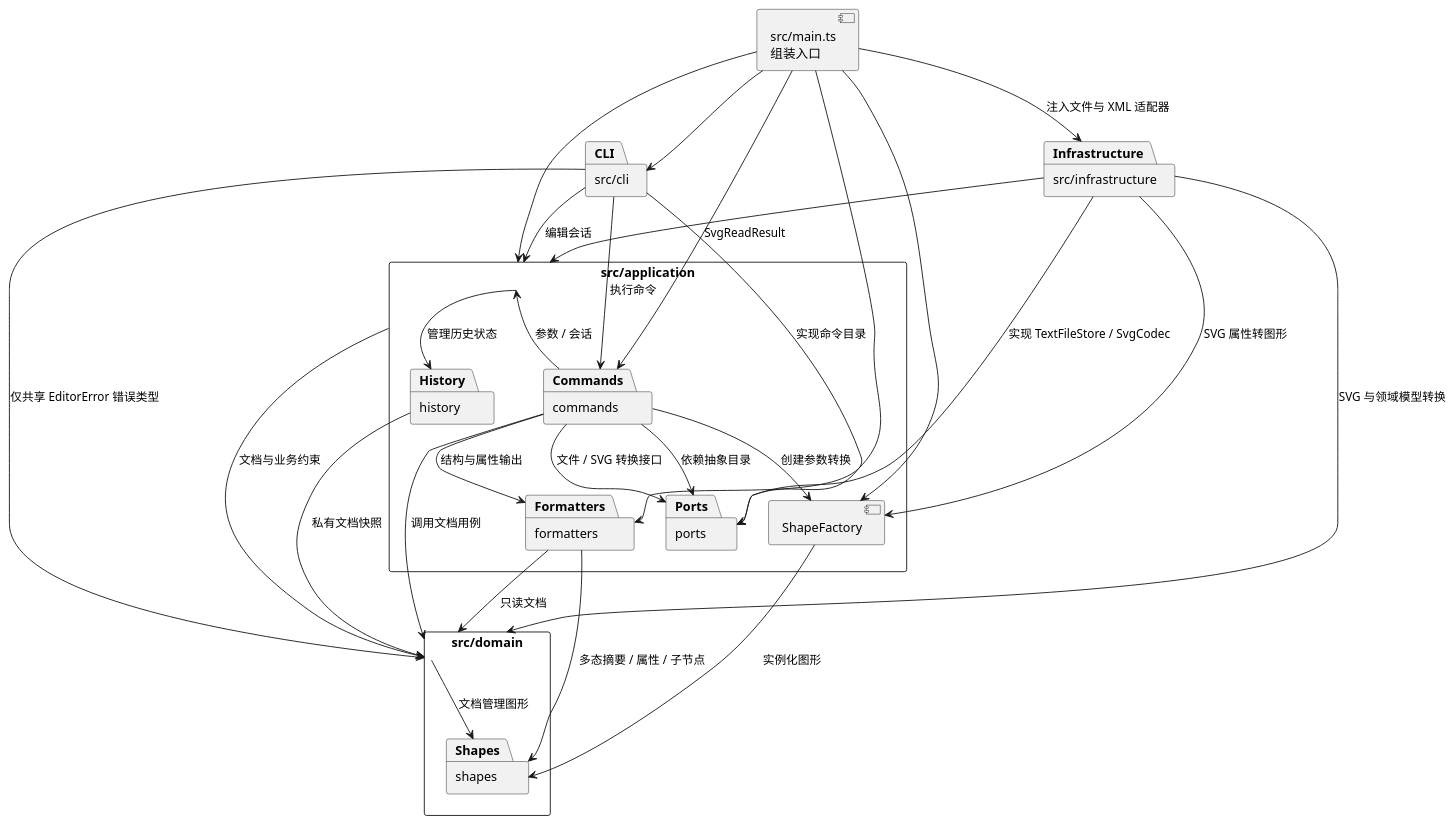
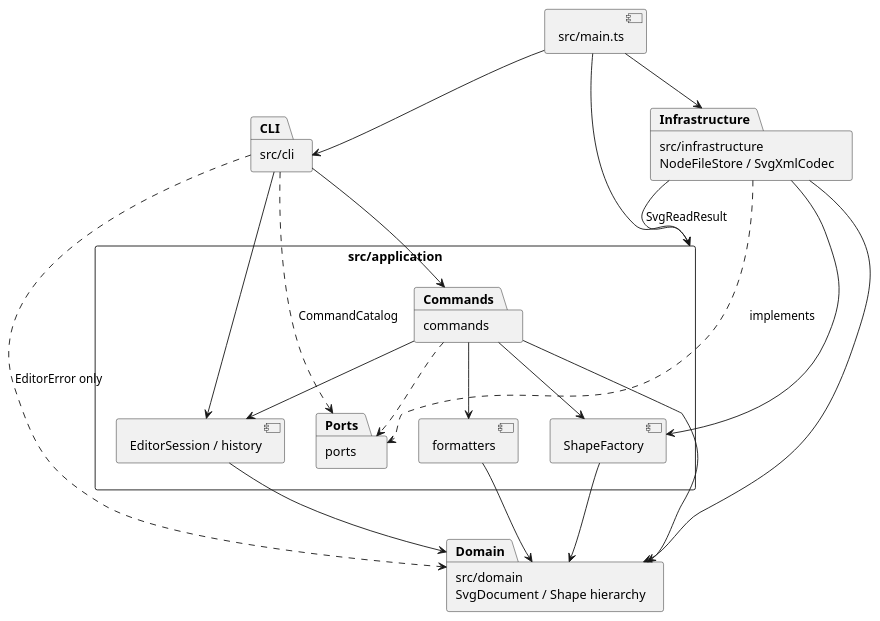
Before and after one commit to leoh4mster/svg-editor-cli-pj1: the diagram in doc/README.md, drawn with PlantUML. The commit also changed other lines of this file and 9 other files, not shown here.

````diff
--- a/doc/README.md
+++ b/doc/README.md
@@ -28,46 +31,36 @@
 ```plantuml
 @startuml
 skinparam packageStyle rectangle
+component "src/main.ts" as Main
 package "src/cli" as CLI
 package "src/application" as Application {
   package "commands" as Commands
   package "ports" as Ports
-  package "formatters" as Formatters
-  package "history" as History
+  component "EditorSession / history" as Session
   component "ShapeFactory" as Factory
+  component "formatters" as Formatters
 }
-package "src/domain" as Domain {
-  package "shapes" as Shapes
-}
-package "src/infrastructure" as Infrastructure
-component "src/main.ts\n组装入口" as Main
+package "src/domain\nSvgDocument / Shape hierarchy" as Domain
+package "src/infrastructure\nNodeFileStore / SvgXmlCodec" as Infrastructure
 
-CLI --> Commands : 执行命令
-CLI --> Application : 编辑会话
-CLI --> Ports : 实现命令目录
-CLI --> Domain : 仅共享 EditorError 错误类型
-Commands --> Application : 参数 / 会话
-Commands --> Ports : 依赖抽象目录
-Commands --> Factory : 创建参数转换
-Commands --> Formatters : 结构与属性输出
-Commands --> Domain : 调用文档用例
-Commands --> Ports : 文件 / SVG 转换接口
-Application --> History : 管理历史状态
-History --> Domain : 私有文档快照
-Application --> Domain : 文档与业务约束
-Factory --> Shapes : 实例化图形
-Formatters --> Domain : 只读文档
-Formatters --> Shapes : 多态摘要 / 属性 / 子节点
-Domain --> Shapes : 文档管理图形
-Infrastructure --> Ports : 实现 TextFileStore / SvgCodec
-Infrastructure --> Factory : SVG 属性转图形
+Main --> CLI
+Main --> Application
+Main --> Infrastructure
+CLI --> Commands
+CLI --> Session
+CLI ..> Ports : CommandCatalog
+CLI ..> Domain : EditorError only
+Commands --> Session
+Commands --> Factory
+Commands --> Formatters
+Commands ..> Ports
+Commands --> Domain
+Session --> Domain
+Factory --> Domain
+Formatters --> Domain
+Infrastructure ..> Ports : implements
+Infrastructure --> Factory
 Infrastructure --> Application : SvgReadResult
-Infrastructure --> Domain : SVG 与领域模型转换
-Main --> CLI
-Main --> Commands
-Main --> Application
-Main --> Factory
-Main --> Formatters
-Main --> Infrastructure : 注入文件与 XML 适配器
+Infrastructure --> Domain
 @enduml
 ```
````
